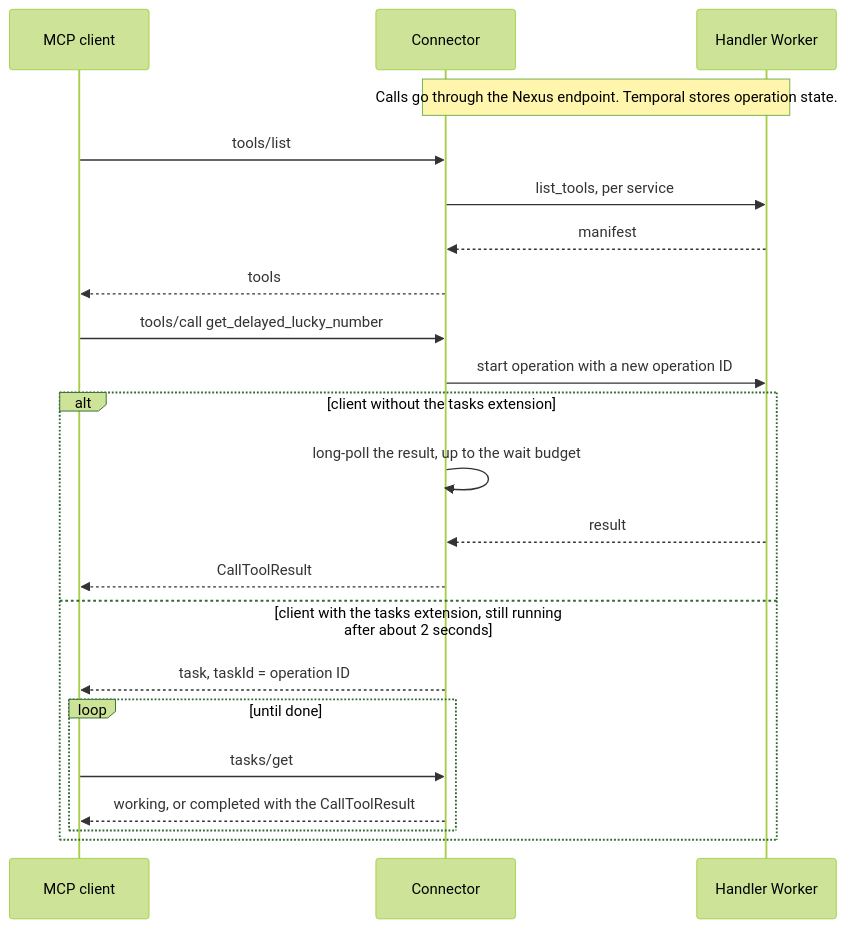
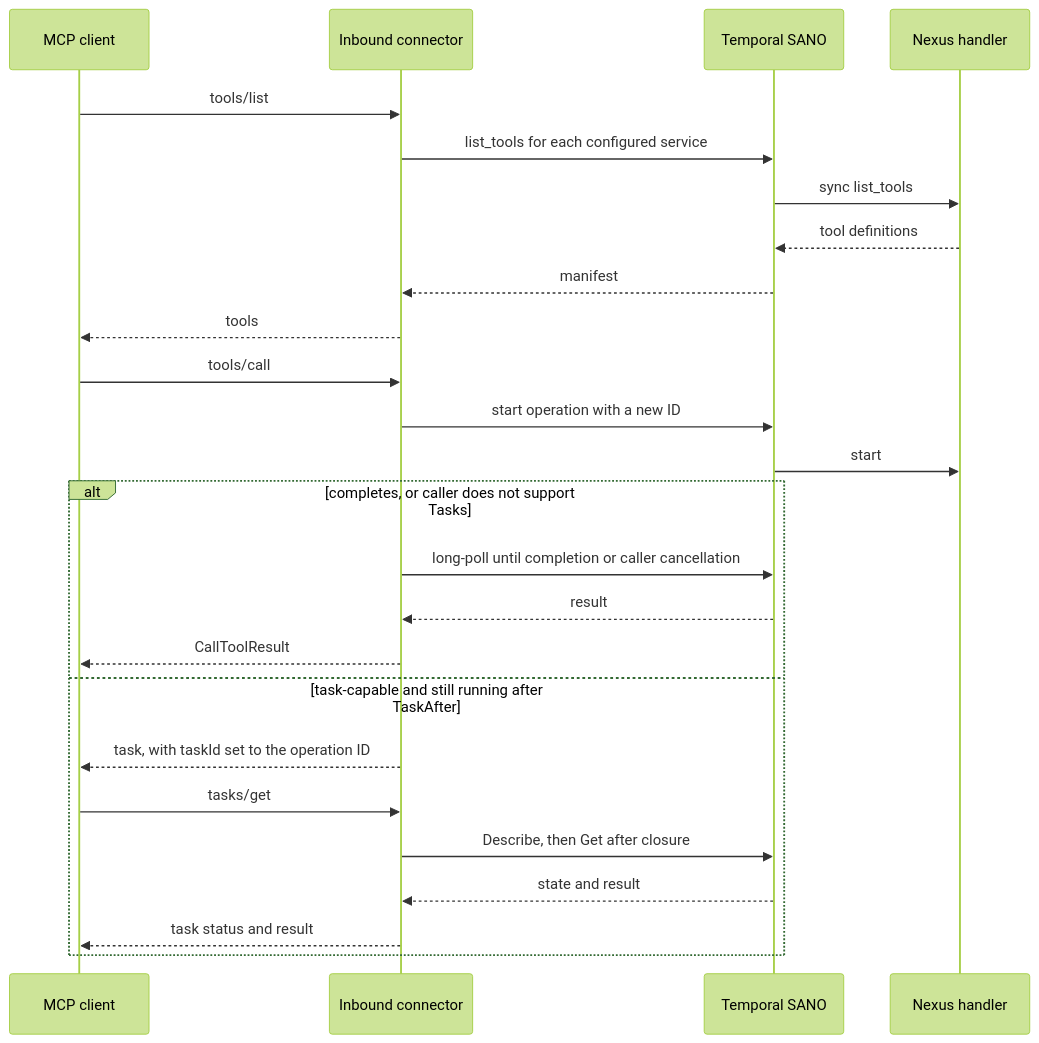
One commit to long-nt-tran/durable-mcp-connector changed the second of 3 diagrams in ARCHITECTURE.md. Above: the diagram before and after it, drawn with Mermaid (forest theme). The commit also changed other lines of this file and 102 other files, not shown here.

````diff
--- a/ARCHITECTURE.md
+++ b/ARCHITECTURE.md
@@ -141,24 +83,27 @@
 ```mermaid
 sequenceDiagram
   participant C as MCP client
-  participant K as Connector
-  participant H as Handler Worker
-  Note over K,H: Calls go through the Nexus endpoint. Temporal stores operation state.
-  C->>K: tools/list
-  K->>H: list_tools, per service
-  H-->>K: manifest
-  K-->>C: tools
-  C->>K: tools/call get_delayed_lucky_number
-  K->>H: start operation with a new operation ID
-  alt client without the tasks extension
-    K->>K: long-poll the result, up to the wait budget
-    H-->>K: result
-    K-->>C: CallToolResult
-  else client with the tasks extension, still running after about 2 seconds
-    K-->>C: task, taskId = operation ID
-    loop until done
-      C->>K: tasks/get
-      K-->>C: working, or completed with the CallToolResult
-    end
+  participant I as Inbound connector
+  participant N as Temporal SANO
+  participant H as Nexus handler
+  C->>I: tools/list
+  I->>N: list_tools for each configured service
+  N->>H: sync list_tools
+  H-->>N: tool definitions
+  N-->>I: manifest
+  I-->>C: tools
+  C->>I: tools/call
+  I->>N: start operation with a new ID
+  N->>H: start
+  alt completes, or caller does not support Tasks
+    I->>N: long-poll until completion or caller cancellation
+    N-->>I: result
+    I-->>C: CallToolResult
+  else task-capable and still running after TaskAfter
+    I-->>C: task, with taskId set to the operation ID
+    C->>I: tasks/get
+    I->>N: Describe, then Get after closure
+    N-->>I: state and result
+    I-->>C: task status and result
   end
 ```
````
